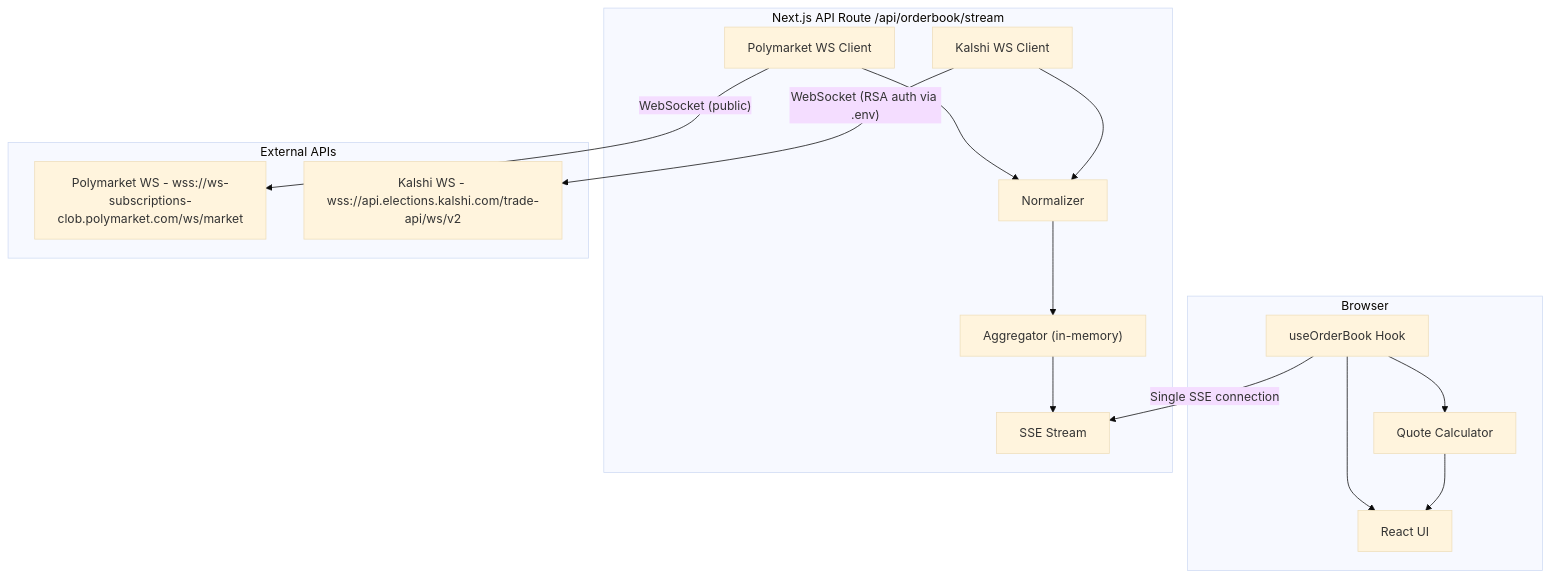
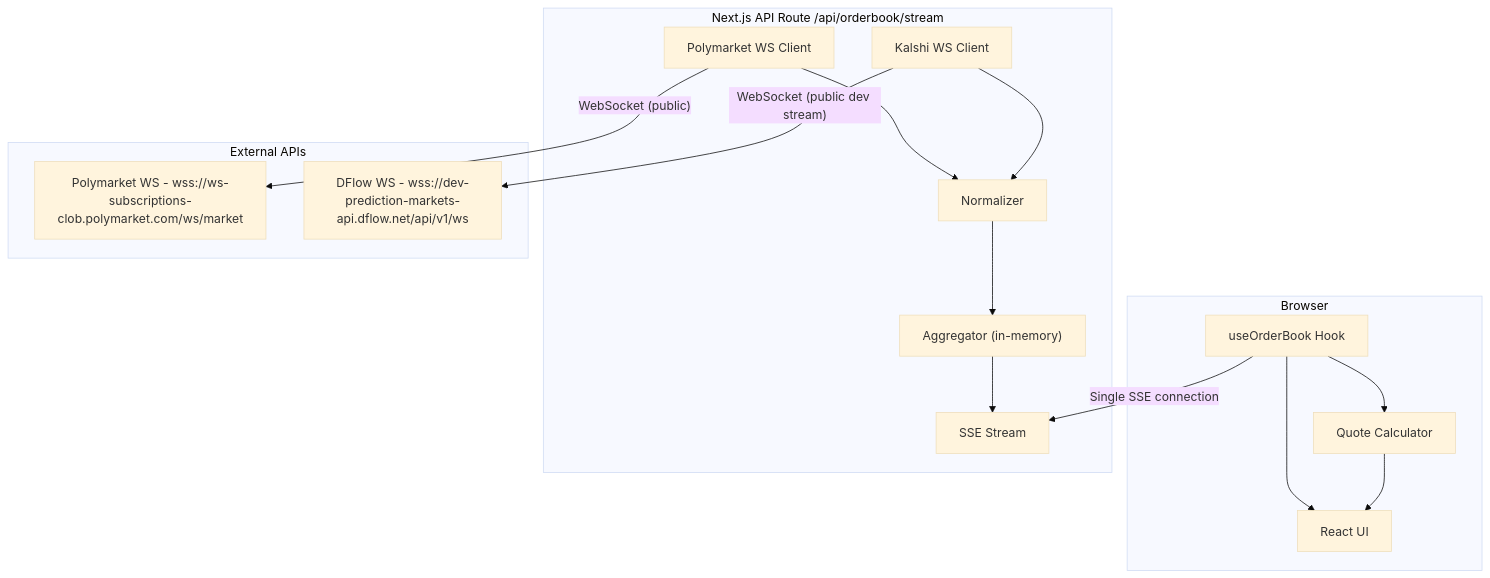
One commit to singlashashwat1/prediction-market-app changed the diagram in docs/PLAN.md. Above: the diagram before and after it, drawn with Mermaid (base theme). The commit also changed other lines of this file and 15 other files, not shown here.

````diff
--- a/docs/PLAN.md
+++ b/docs/PLAN.md
@@ -11,32 +11,32 @@
 ```mermaid
 graph TB
     subgraph browser [Browser]
         UI[React UI]
         HOOK[useOrderBook Hook]
         QUOTE[Quote Calculator]
         HOOK --> UI
         HOOK --> QUOTE
         QUOTE --> UI
     end
 
     subgraph server ["Next.js API Route /api/orderbook/stream"]
         PM_CLIENT[Polymarket WS Client]
         KL_CLIENT[Kalshi WS Client]
         NORM[Normalizer]
         AGG["Aggregator (in-memory)"]
         SSE[SSE Stream]
         PM_CLIENT --> NORM
         KL_CLIENT --> NORM
         NORM --> AGG
         AGG --> SSE
     end
 
     subgraph external [External APIs]
         POLY[Polymarket WS - wss://ws-subscriptions-clob.polymarket.com/ws/market]
-        KALSHI_WS[Kalshi WS - wss://api.elections.kalshi.com/trade-api/ws/v2]
+        KALSHI_WS[DFlow WS - wss://dev-prediction-markets-api.dflow.net/api/v1/ws]
     end
 
     PM_CLIENT -->|"WebSocket (public)"| POLY
-    KL_CLIENT -->|"WebSocket (RSA auth via .env)"| KALSHI_WS
+    KL_CLIENT -->|"WebSocket (public dev stream)"| KALSHI_WS
     HOOK -->|"Single SSE connection"| SSE
 ```
````
